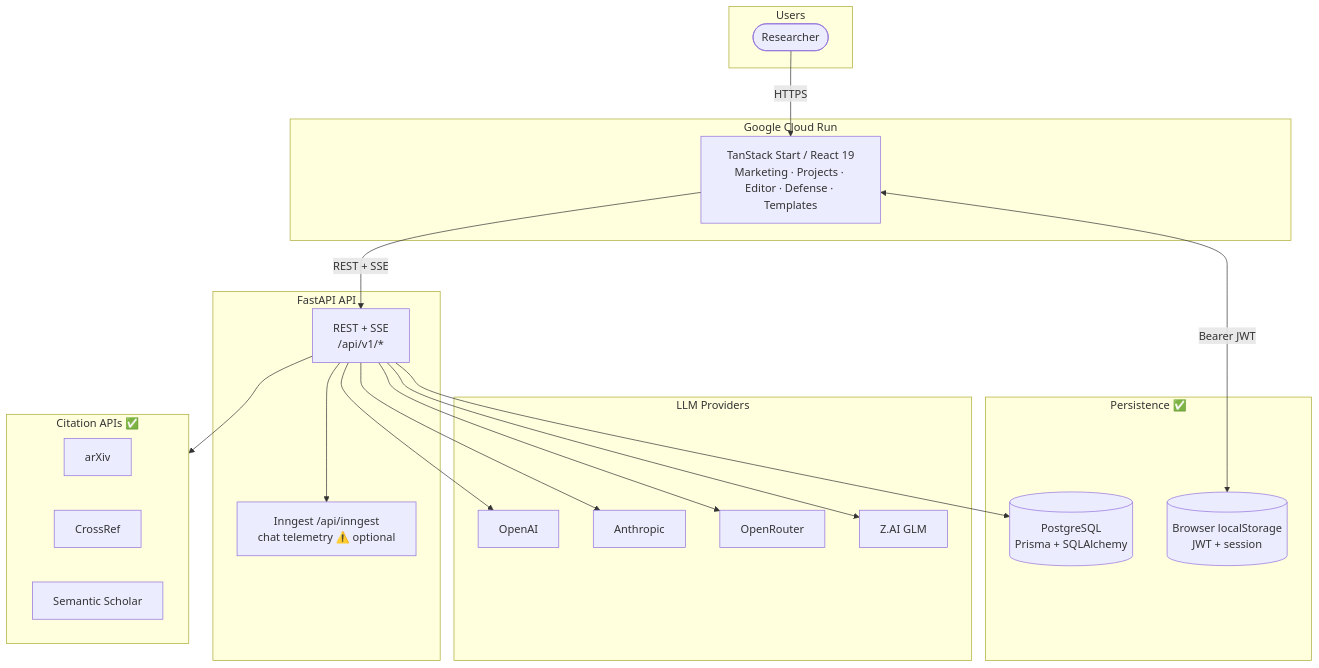
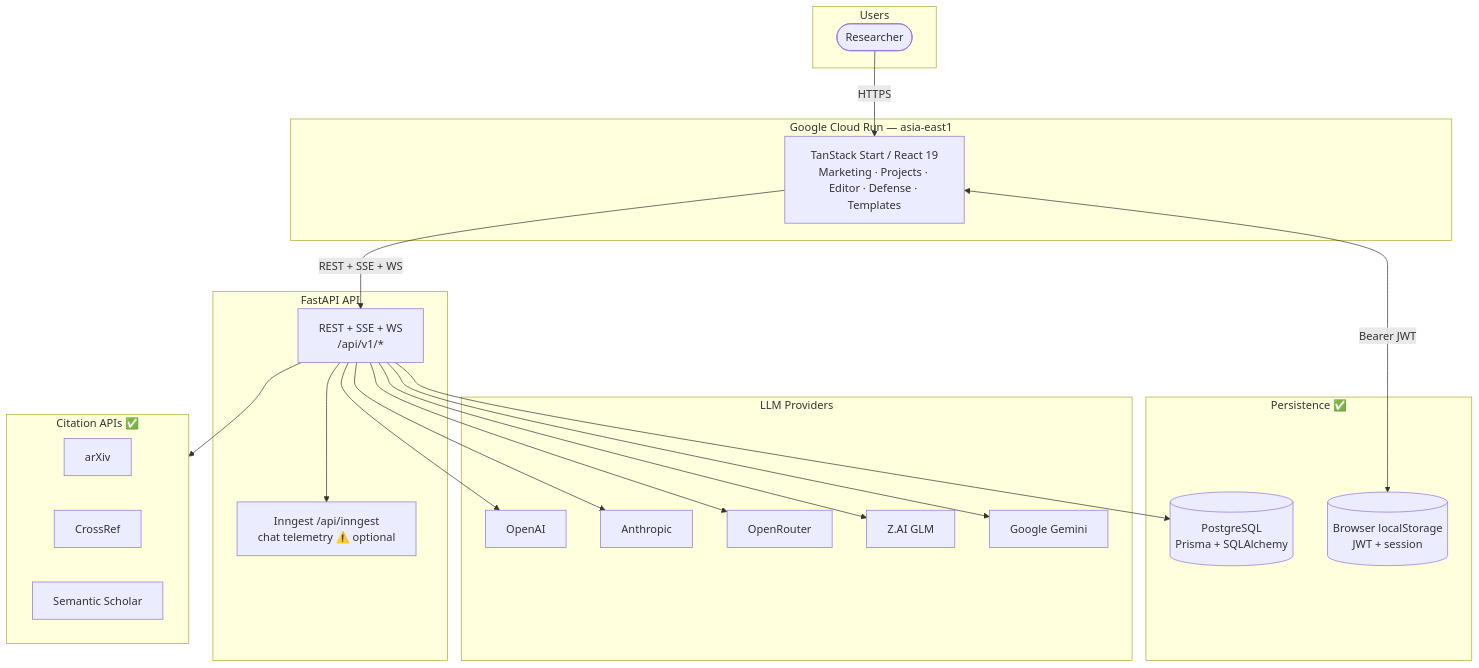
Before and after one commit to Tai-TZ/arionear-ai-paper-editor: the first of 11 diagrams in docs/architecture_diagram.md, drawn with Mermaid. The commit also changed other lines of this file and 11 other files, not shown here.

First line of the commit message:
docs: refresh BTC deliverables — eval evidences, architecture, pitch deck

````diff
--- a/docs/architecture_diagram.md
+++ b/docs/architecture_diagram.md
@@ -13,41 +13,42 @@
 ```mermaid
 flowchart TB
     subgraph Users["Users"]
         R([Researcher])
     end
 
-    subgraph Cloud["Google Cloud Run"]
+    subgraph Cloud["Google Cloud Run — asia-east1"]
         FE[TanStack Start / React 19<br/>Marketing · Projects · Editor · Defense · Templates]
     end
 
     subgraph Backend["FastAPI API"]
-        API[REST + SSE<br/>/api/v1/*]
+        API[REST + SSE + WS<br/>/api/v1/*]
         ING[Inngest /api/inngest<br/>chat telemetry ⚠️ optional]
     end
 
     subgraph Data["Persistence ✅"]
         PG[(PostgreSQL<br/>Prisma + SQLAlchemy)]
         LS[(Browser localStorage<br/>JWT + session)]
     end
 
     subgraph LLM["LLM Providers"]
         OAI[OpenAI]
         ANT[Anthropic]
         OR[OpenRouter]
         ZAI[Z.AI GLM]
+        GEM[Google Gemini]
     end
 
     subgraph Scholar["Citation APIs ✅"]
         ARX[arXiv]
         CR[CrossRef]
         SS[Semantic Scholar]
     end
 
     R -->|HTTPS| FE
     FE <-->|Bearer JWT| LS
-    FE -->|REST + SSE| API
+    FE -->|REST + SSE + WS| API
     API --> PG
     API --> ING
-    API --> OAI & ANT & OR & ZAI
+    API --> OAI & ANT & OR & ZAI & GEM
     API --> Scholar
 ```
````
